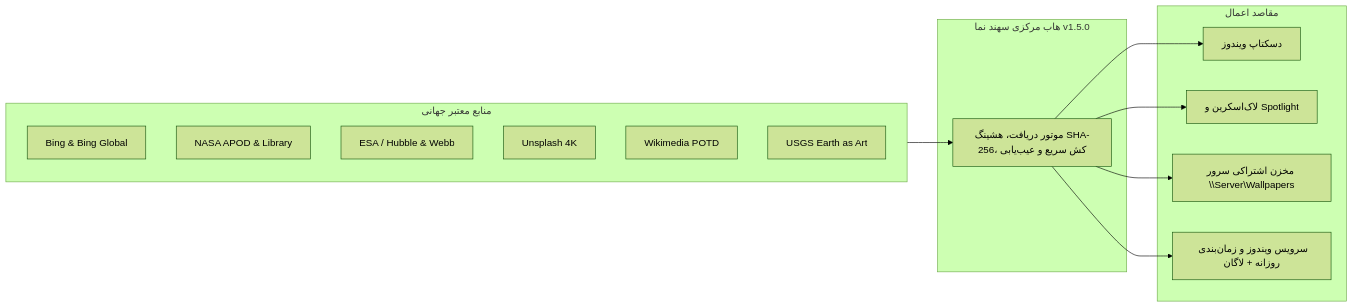
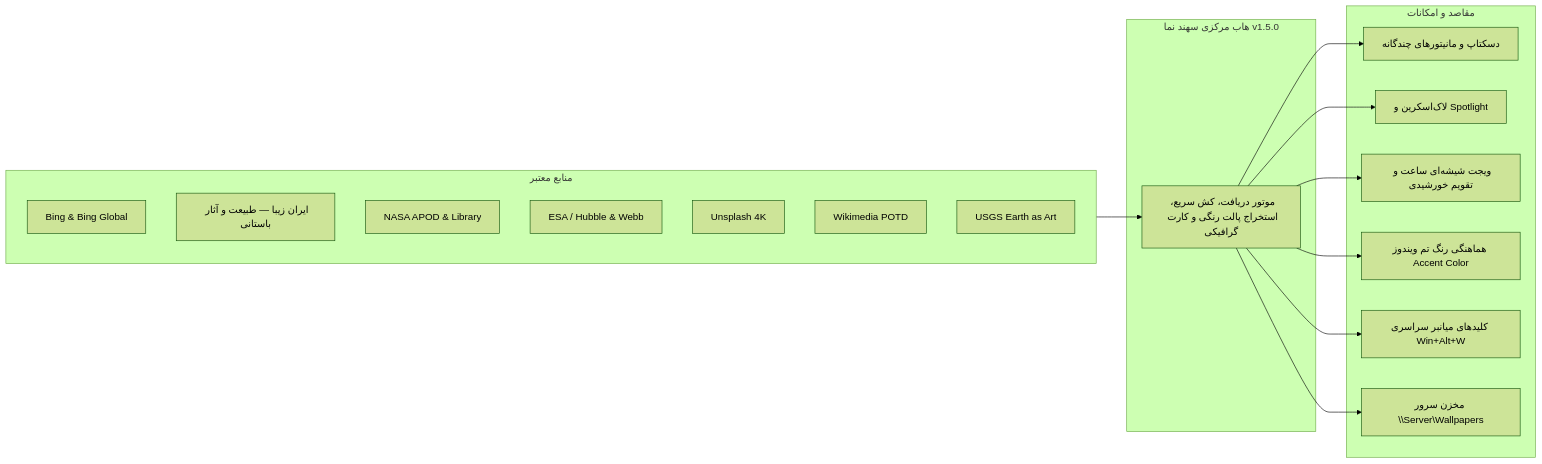
The diagram in README.md (taimazus/SetWinWallpaper), drawn with Mermaid (forest theme) before and after one commit. The commit also changed other lines of this file and 11 other files, not shown here.

````diff
--- a/README.md
+++ b/README.md
@@ -32,28 +32,33 @@
 ```mermaid
 graph LR
-    subgraph Sources ["منابع معتبر جهانی"]
+    subgraph Sources ["منابع معتبر"]
         B[Bing & Bing Global]
+        IR[ایران زیبا — طبیعت و آثار باستانی]
         N[NASA APOD & Library]
         H[ESA / Hubble & Webb]
         U[Unsplash 4K]
         W[Wikimedia POTD]
         E[USGS Earth as Art]
     end
     
     subgraph Engine ["هاب مرکزی سهند نما v1.5.0"]
-        Core[موتور دریافت، هشینگ SHA-256، کش سریع و عیب‌یابی]
+        Core[موتور دریافت، کش سریع، استخراج پالت رنگی و کارت گرافیکی]
     end
     
-    subgraph Targets ["مقاصد اعمال"]
-        D[دسکتاپ ویندوز]
+    subgraph Targets ["مقاصد و امکانات"]
+        D[دسکتاپ و مانیتورهای چندگانه]
         L[لاک‌اسکرین و Spotlight]
-        S[مخزن اشتراکی سرور \\Server\Wallpapers]
-        T[سرویس ویندوز و زمان‌بندی روزانه + لاگان]
+        WID[ویجت شیشه‌ای ساعت و تقویم خورشیدی]
+        CLR[هماهنگی رنگ تم ویندوز Accent Color]
+        HK[کلیدهای میانبر سراسری Win+Alt+W]
+        S[مخزن سرور \\Server\Wallpapers]
     end
     
     Sources --> Core
     Core --> D
     Core --> L
+    Core --> WID
+    Core --> CLR
+    Core --> HK
     Core --> S
-    Core --> T
 ```
````
